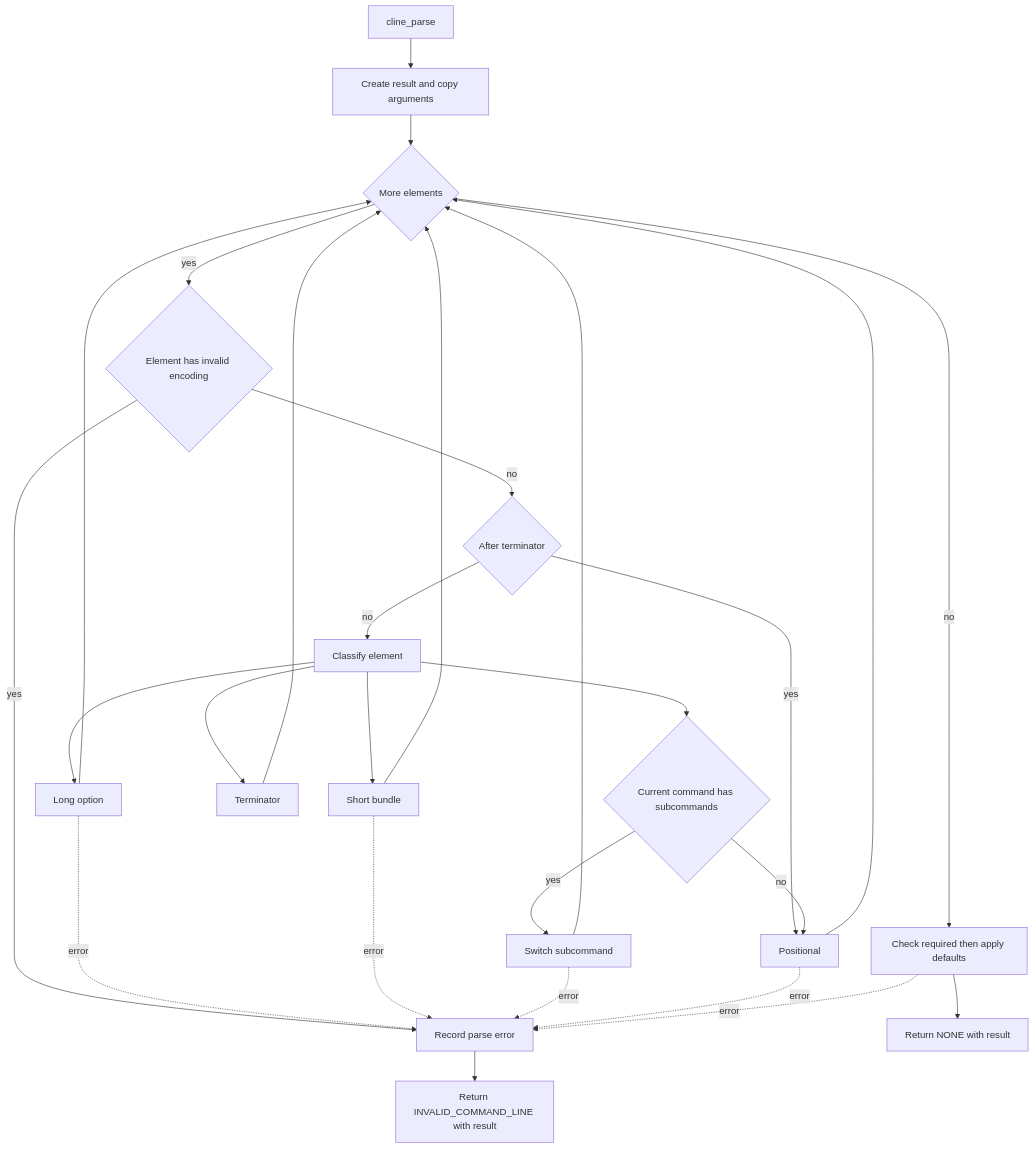
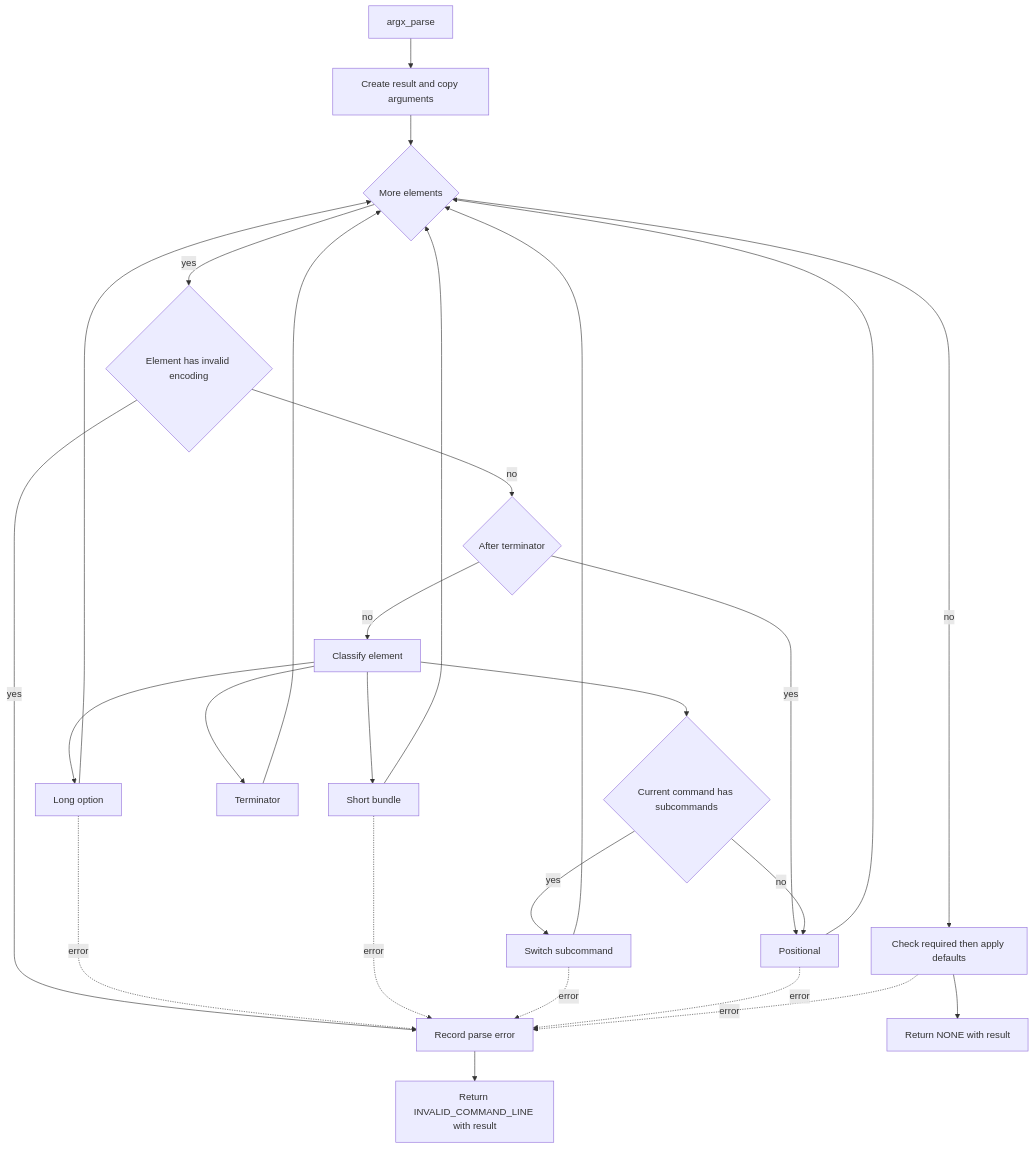
Before and after one commit to ktdevx/cargs: the second of 2 diagrams in .kiro/specs/argv-parser/design.md, drawn with Mermaid. The commit also changed other lines of this file and 177 other files, not shown here.

````diff
--- a/.kiro/specs/argv-parser/design.md
+++ b/.kiro/specs/argv-parser/design.md
@@ -236,29 +236,29 @@
 ```mermaid
 flowchart TD
-    Start[cline_parse] --> Create[Create result and copy arguments]
+    Start[argx_parse] --> Create[Create result and copy arguments]
     Create --> Next{More elements}
     Next -- yes --> Bad{Element has invalid encoding}
     Bad -- yes --> Fail[Record parse error]
     Bad -- no --> Ended{After terminator}
     Ended -- yes --> Pos[Positional]
     Ended -- no --> Classify[Classify element]
     Classify --> Long[Long option]
     Classify --> Short[Short bundle]
     Classify --> Term[Terminator]
     Classify --> Plain{Current command has subcommands}
     Plain -- yes --> Sub[Switch subcommand]
     Plain -- no --> Pos
     Long --> Next
     Short --> Next
     Term --> Next
     Sub --> Next
     Pos --> Next
     Next -- no --> Resolve[Check required then apply defaults]
     Resolve --> Ok[Return NONE with result]
     Long -. error .-> Fail
     Short -. error .-> Fail
     Sub -. error .-> Fail
     Pos -. error .-> Fail
     Resolve -. error .-> Fail
     Fail --> Bad2[Return INVALID_COMMAND_LINE with result]
 ```
````
